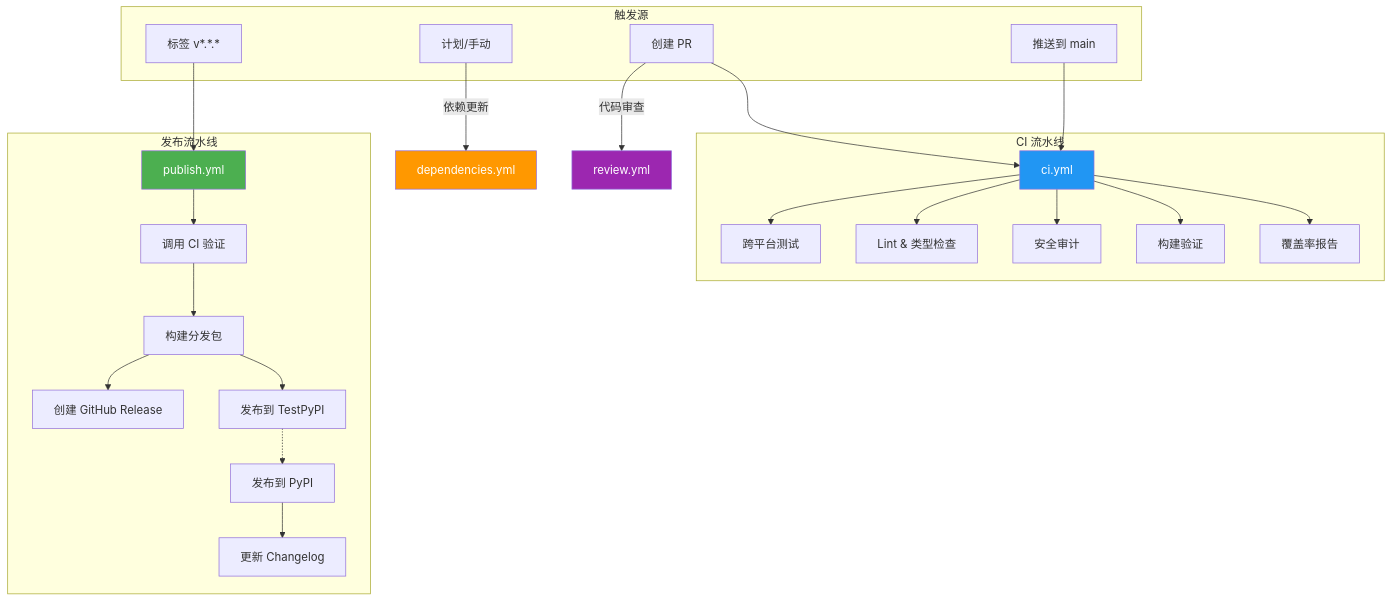
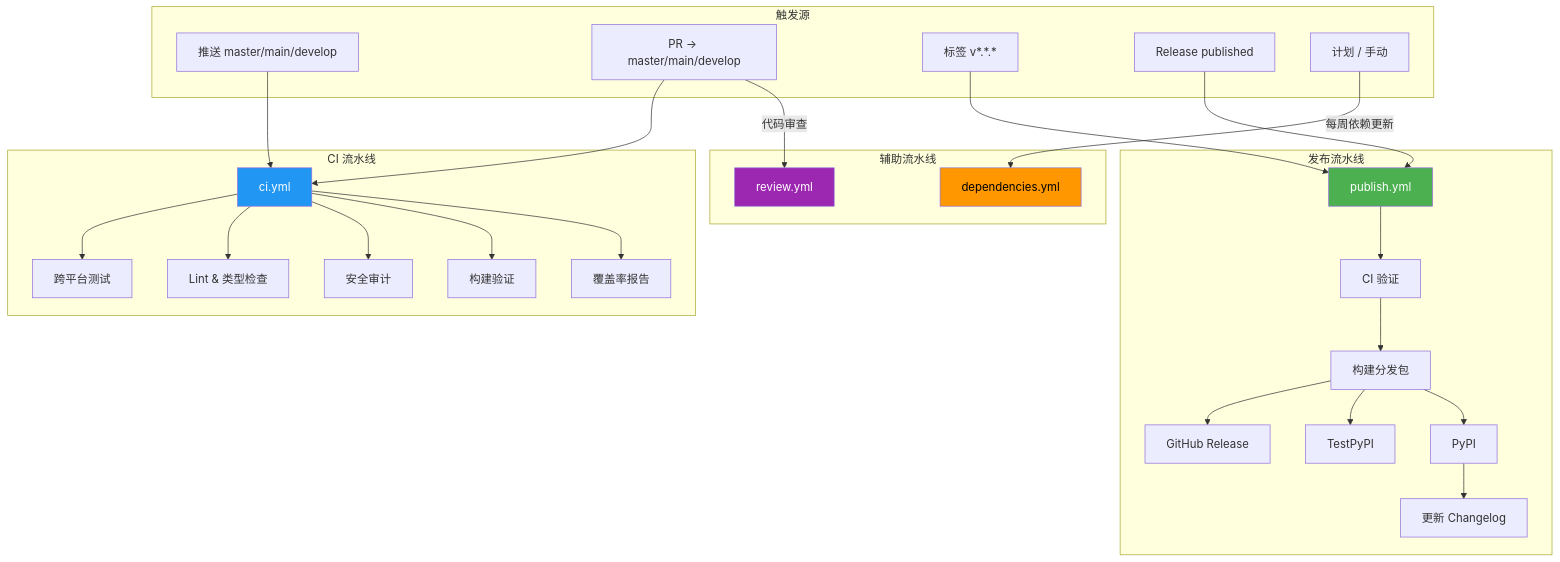
One commit to ThreeFish-AI/data-extractor changed the diagram in docs/2.1-Workflows.md. Above: the diagram before and after it, drawn with Mermaid. The commit also changed other lines of this file and 2 other files, not shown here.

````diff
--- a/docs/2.1-Workflows.md
+++ b/docs/2.1-Workflows.md
@@ -19,42 +17,51 @@
 ```mermaid
 graph TD
     subgraph "触发源"
-        A[推送到 main]
+        A["推送 master/main/develop"]
+        B0["PR → master/main/develop"]
         C["标签 v*.*.*"]
-        G[计划/手动]
-        J[创建 PR]
+        C2["Release published"]
+        G["计划 / 手动"]
     end
 
     subgraph "CI 流水线"
         B[ci.yml]
         B1[跨平台测试]
         B2[Lint & 类型检查]
         B3[安全审计]
         B4[构建验证]
         B5[覆盖率报告]
         B --> B1 & B2 & B3 & B4 & B5
     end
 
     subgraph "发布流水线"
         D[publish.yml]
-        D0[调用 CI 验证]
+        D0[CI 验证]
         D1[构建分发包]
-        D2[创建 GitHub Release]
-        D3[发布到 TestPyPI]
-        D4[发布到 PyPI]
+        D2[GitHub Release]
+        D3[TestPyPI]
+        D4[PyPI]
         D5[更新 Changelog]
-        D --> D0 --> D1 --> D2 & D3
-        D3 -.-> D4 --> D5
+        D --> D0 --> D1
+        D1 --> D2
+        D1 --> D3
+        D1 --> D4 --> D5
+    end
+
+    subgraph "辅助流水线"
+        H[dependencies.yml]
+        K[review.yml]
     end
 
     A --> B
-    J --> B
+    B0 --> B
     C --> D
-    G --> |依赖更新| H[dependencies.yml]
-    J --> |代码审查| K[review.yml]
+    C2 --> D
+    G -->|"每周依赖更新"| H
+    B0 -->|"代码审查"| K
 
     style B fill:#2196F3,color:#fff
     style D fill:#4CAF50,color:#fff
-    style H fill:#FF9800,color:#fff
+    style H fill:#FF9800,color:#000
     style K fill:#9C27B0,color:#fff
 ```
````
